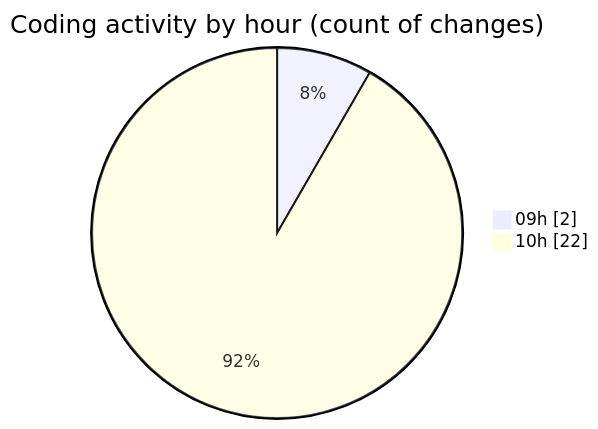
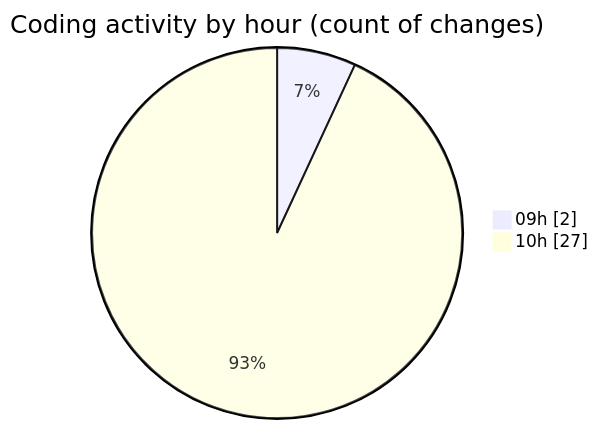
One commit to momahboobian/code-tracking changed the second of 2 diagrams in 2025-08-12/cda/README.md. Above: the diagram before and after it, drawn with Mermaid. The commit also changed other lines of this file and 1 other file, not shown here.

````diff
--- a/2025-08-12/cda/README.md
+++ b/2025-08-12/cda/README.md
@@ -32,6 +34,6 @@
 ```mermaid
 pie showData
 title Coding activity by hour (count of changes)
 "09h" : 2
-"10h" : 22
+"10h" : 27
 ```
````
